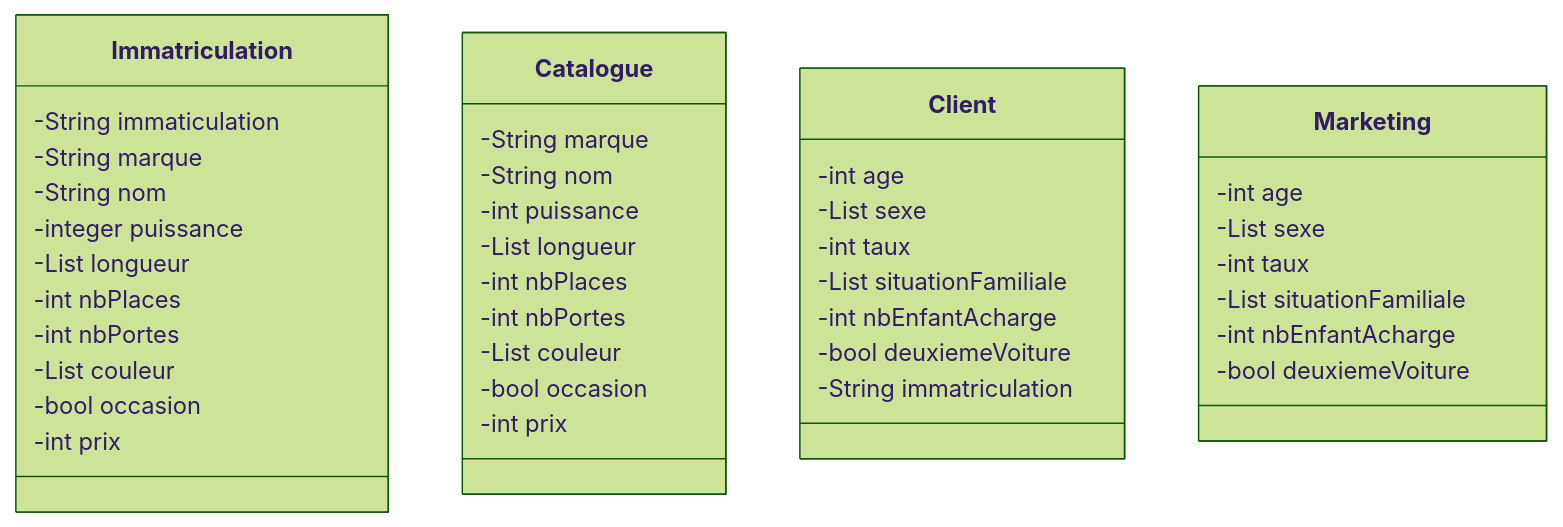
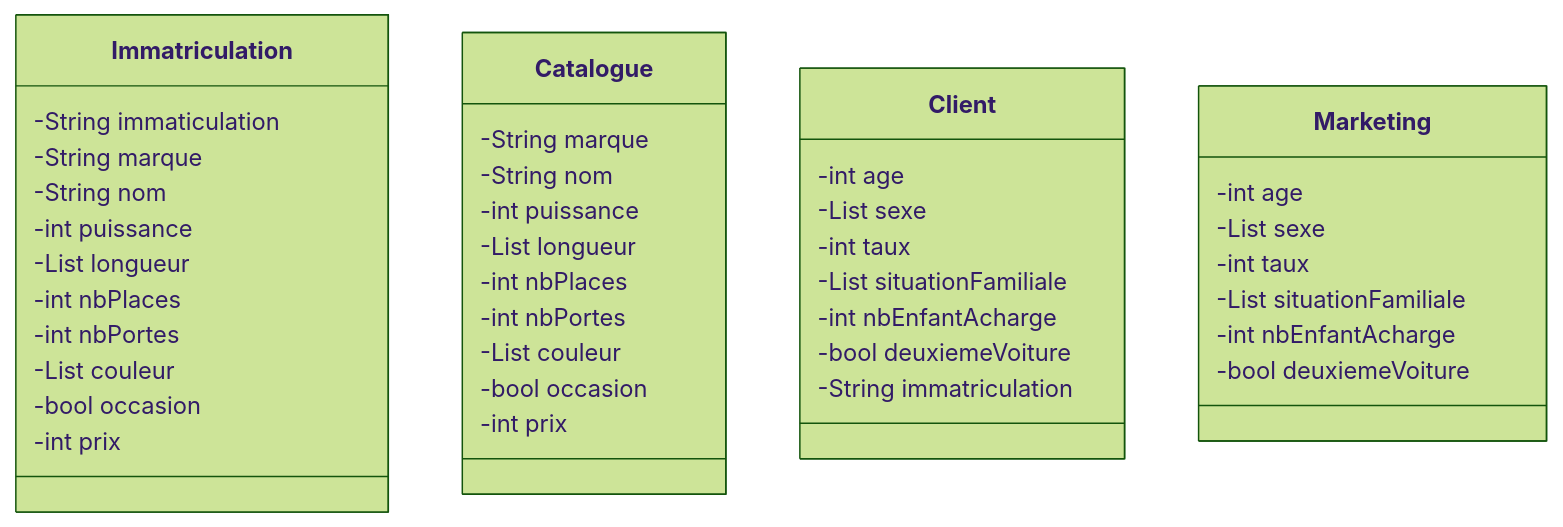
Before and after one commit to Thodler/docker-hadoop-spark: the diagram in Writerside/topics/Architecture-du-datalake.md, drawn with Mermaid (forest theme). The commit also changed 4 other files, not shown here.

````diff
--- a/Writerside/topics/Architecture-du-datalake.md
+++ b/Writerside/topics/Architecture-du-datalake.md
@@ -9,48 +9,48 @@
 ```mermaid
 classDiagram  
     class Immatriculation{
         -String immaticulation
         -String marque
         -String nom
-        -integer puissance
+        -int puissance
         -List longueur
         -int nbPlaces
         -int nbPortes
         -List couleur
         -bool occasion
         -int prix
     }
     
     class Catalogue{
         -String marque
         -String nom
         -int puissance
         -List longueur
         -int nbPlaces
         -int nbPortes
         -List couleur
         -bool occasion
         -int prix
     }
     
     class Client{
         -int age
         -List sexe
         -int taux
         -List situationFamiliale
         -int nbEnfantAcharge
         -bool deuxiemeVoiture
         -String immatriculation
     }
     
     class Marketing{
         -int age
         -List sexe
         -int taux
         -List situationFamiliale
         -int nbEnfantAcharge
         -bool deuxiemeVoiture
     }
     
     
 ```
````
